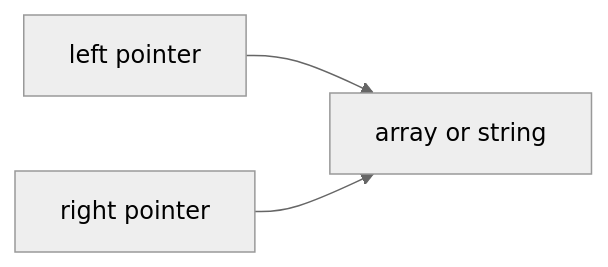
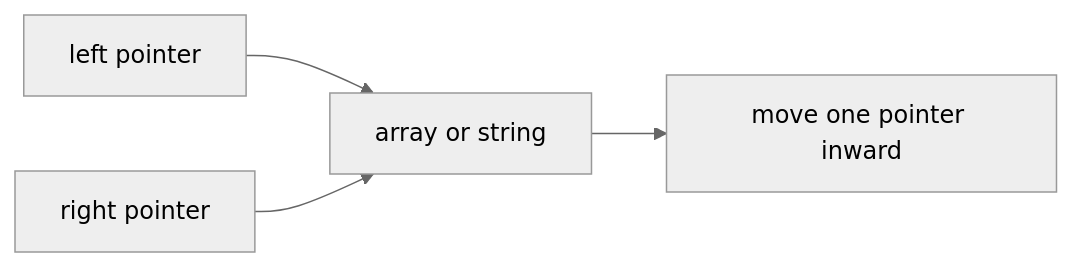
One commit to mthaiseer/springcloud-systemdesign-notes changed the fourth of 36 diagrams in CP_DSA_NOTES/CONCEPT_FRAMEWORK_FORMS_TATICS/two_pointers_sliding_window_playbook.md. Above: the diagram before and after it, drawn with Mermaid (neutral theme). The commit also changed other lines of this file, not shown here.

````diff
--- a/CP_DSA_NOTES/CONCEPT_FRAMEWORK_FORMS_TATICS/two_pointers_sliding_window_playbook.md
+++ b/CP_DSA_NOTES/CONCEPT_FRAMEWORK_FORMS_TATICS/two_pointers_sliding_window_playbook.md
@@ -130,5 +157,6 @@
 ```mermaid
 flowchart LR
     A["left pointer"] --> B["array or string"]
     C["right pointer"] --> B
+    B --> D["move one pointer inward"]
 ```
````
